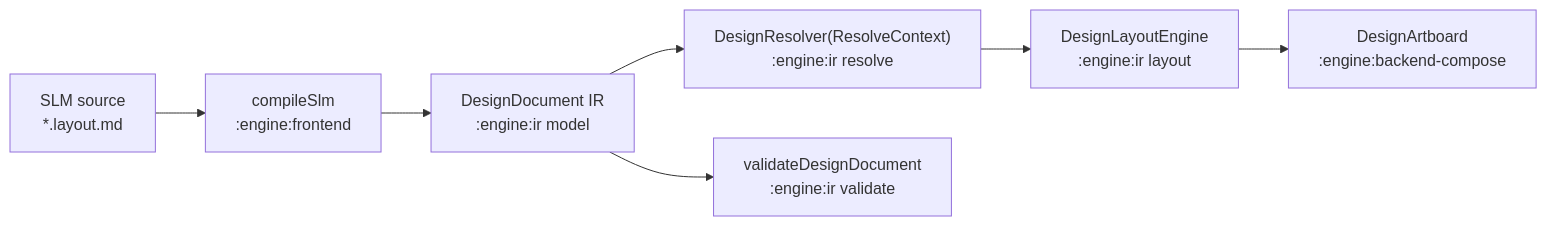
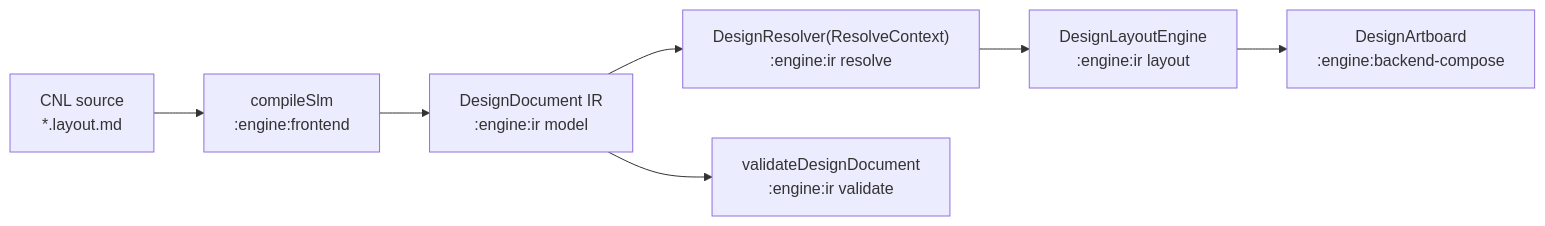
Before and after one commit to aequicor/mission-visualization: the diagram in engine/README.md, drawn with Mermaid. The commit also changed other lines of this file and 133 other files, not shown here.

````diff
--- a/engine/README.md
+++ b/engine/README.md
@@ -41,9 +42,9 @@
 ```mermaid
 flowchart LR
-    A["SLM source<br/>*.layout.md"] --> B["compileSlm<br/>:engine:frontend"]
+    A["CNL source<br/>*.layout.md"] --> B["compileSlm<br/>:engine:frontend"]
     B --> C["DesignDocument IR<br/>:engine:ir model"]
     C --> D["DesignResolver(ResolveContext)<br/>:engine:ir resolve"]
     D --> E["DesignLayoutEngine<br/>:engine:ir layout"]
     E --> F["DesignArtboard<br/>:engine:backend-compose"]
     C --> G["validateDesignDocument<br/>:engine:ir validate"]
 ```
````
